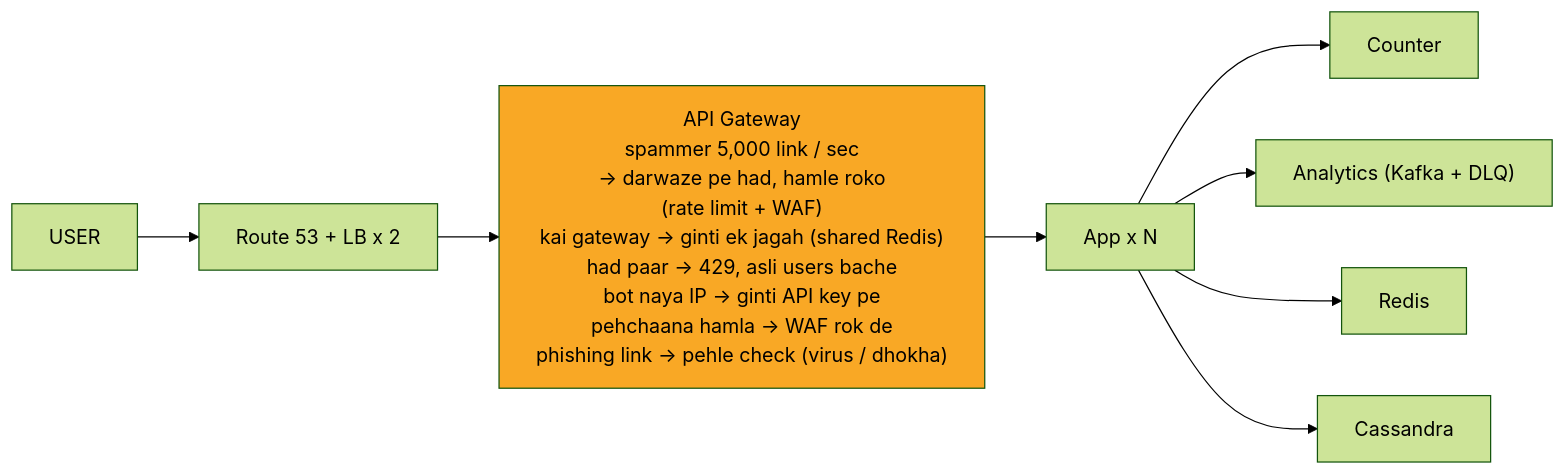
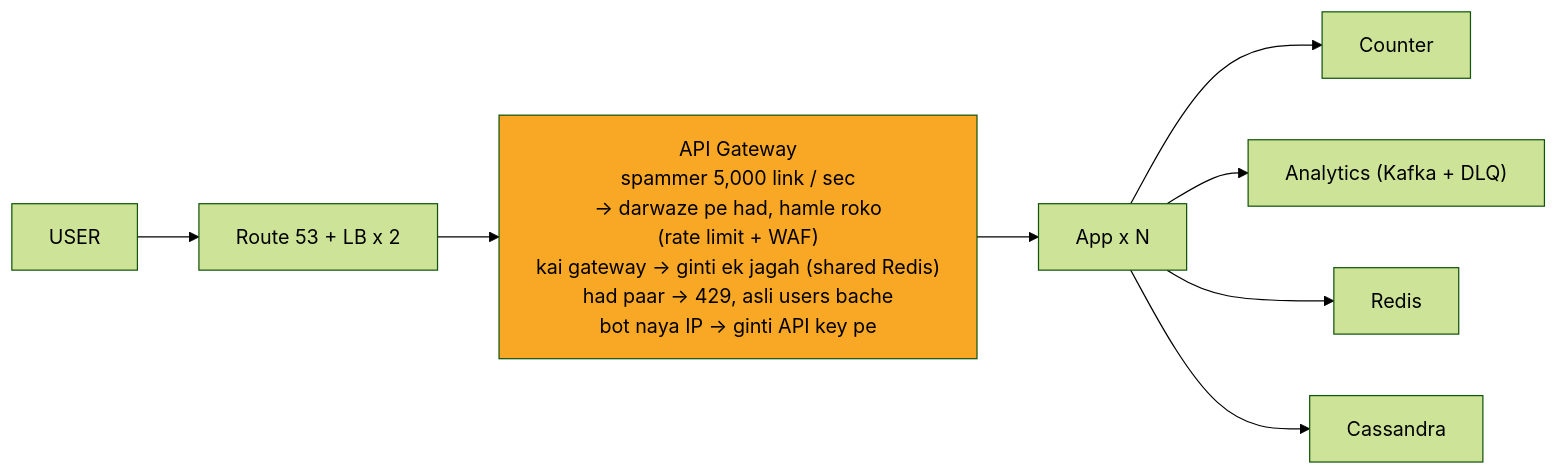
Before and after one commit to ArpanMaheshwari144/Prep: the ninth of 10 diagrams in 04_HLD/SYSTEM_DESIGNS/01_url_shortener/01_url_shortener.md, drawn with Mermaid (forest theme). The commit also changed other lines of this file and 13 other files, not shown here.

````diff
--- a/04_HLD/SYSTEM_DESIGNS/01_url_shortener/01_url_shortener.md
+++ b/04_HLD/SYSTEM_DESIGNS/01_url_shortener/01_url_shortener.md
@@ -394,20 +394,20 @@
 ```mermaid
 %%{init: {"flowchart": {"wrappingWidth": 450}}}%%
 flowchart LR
     n_USER["USER"]
     n_EDGE["Route 53 + LB x 2"]
-    n_API_Gateway["API Gateway<br/>spammer 5,000 link / sec<br/>-> darwaze pe had, hamle roko<br/>(rate limit + WAF)<br/>kai gateway -> ginti ek jagah (shared Redis)<br/>had paar -> 429, asli users bache<br/>bot naya IP -> ginti API key pe<br/>pehchaana hamla -> WAF rok de<br/>phishing link -> pehle check (virus / dhokha)"]
+    n_API_Gateway["API Gateway<br/>spammer 5,000 link / sec<br/>-> darwaze pe had, hamle roko<br/>(rate limit + WAF)<br/>kai gateway -> ginti ek jagah (shared Redis)<br/>had paar -> 429, asli users bache<br/>bot naya IP -> ginti API key pe"]
     n_App_xN["App x N"]
     n_Counter["Counter"]
     n_ANA["Analytics (Kafka + DLQ)"]
     n_Redis["Redis"]
     n_Cassandra["Cassandra"]
     n_USER --> n_EDGE
     n_EDGE --> n_API_Gateway
     n_API_Gateway --> n_App_xN
     n_App_xN --> n_Counter
     n_App_xN --> n_ANA
     n_App_xN --> n_Redis
     n_App_xN --> n_Cassandra
     style n_API_Gateway fill:#f9a825,color:#000
 ```
````
